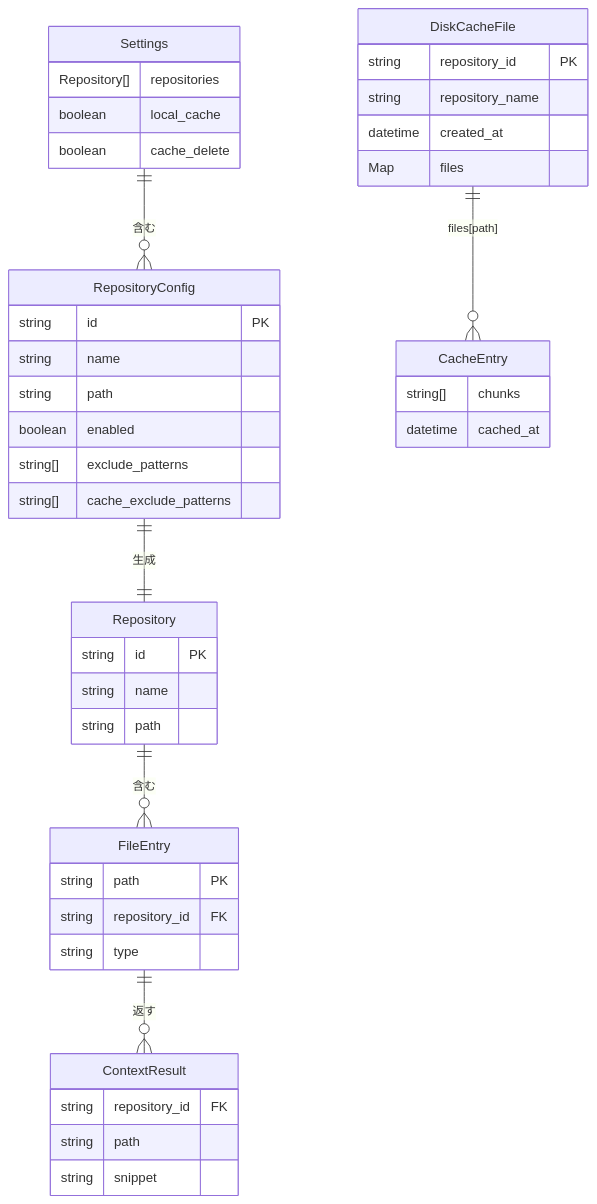
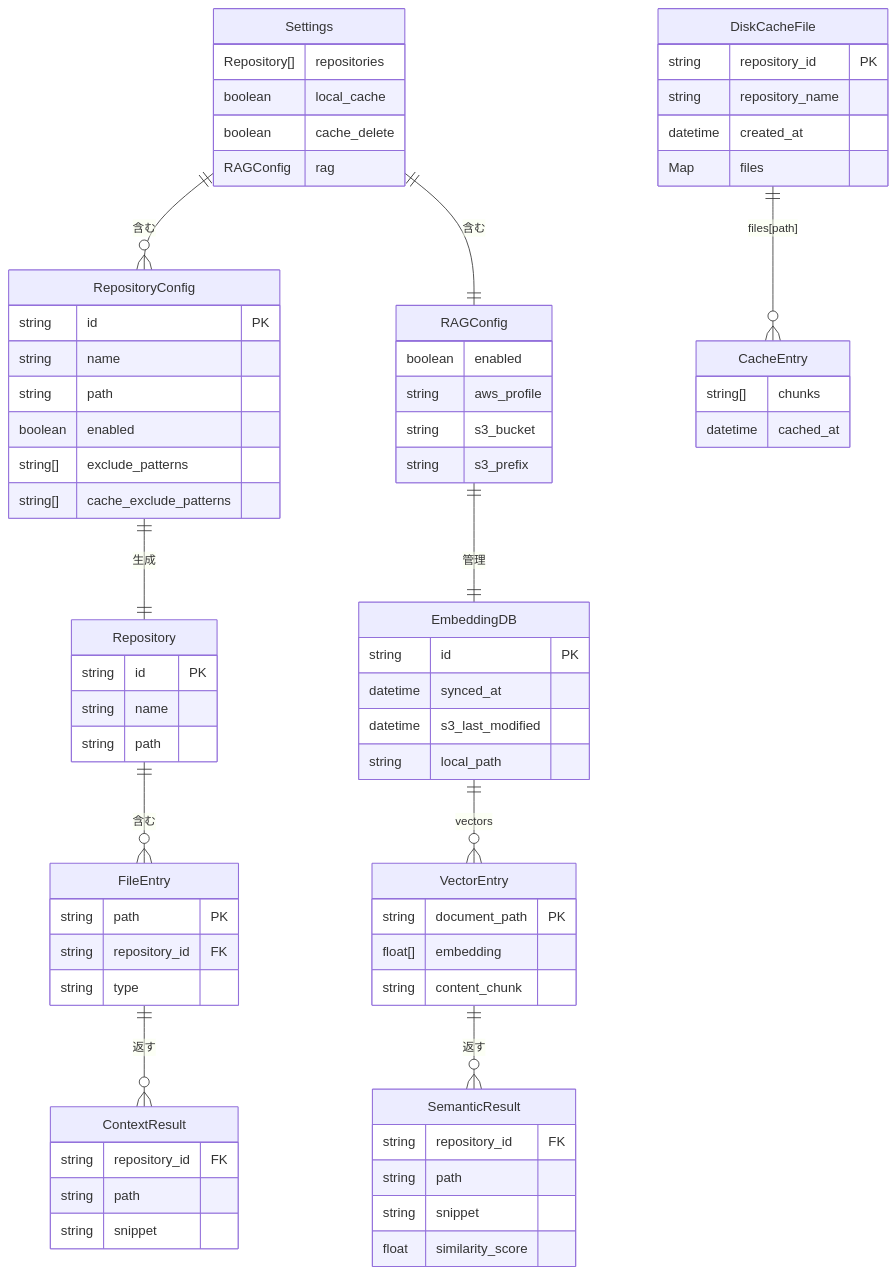
One commit to HatoriIchigo/repo-bridge-mcp changed the second of 3 diagrams in docs/design.md. Above: the diagram before and after it, drawn with Mermaid. The commit also changed other lines of this file and 4 other files, not shown here.

````diff
--- a/docs/design.md
+++ b/docs/design.md
@@ -77,47 +101,75 @@
 ```mermaid
 erDiagram
   Settings {
     Repository[] repositories
     boolean local_cache
     boolean cache_delete
+    RAGConfig rag
+  }
+  RAGConfig {
+    boolean enabled
+    string aws_profile
+    string s3_bucket
+    string s3_prefix
   }
   RepositoryConfig {
     string id PK
     string name
     string path
     boolean enabled
     string[] exclude_patterns
     string[] cache_exclude_patterns
   }
   Repository {
     string id PK
     string name
     string path
   }
   FileEntry {
     string path PK
     string repository_id FK
     string type
   }
   ContextResult {
     string repository_id FK
     string path
     string snippet
   }
   DiskCacheFile {
     string repository_id PK
     string repository_name
     datetime created_at
     Map files
   }
   CacheEntry {
     string[] chunks
     datetime cached_at
   }
+  EmbeddingDB {
+    string id PK
+    datetime synced_at
+    datetime s3_last_modified
+    string local_path
+  }
+  VectorEntry {
+    string document_path PK
+    float[] embedding
+    string content_chunk
+  }
+  SemanticResult {
+    string repository_id FK
+    string path
+    string snippet
+    float similarity_score
+  }
 
   Settings ||--o{ RepositoryConfig : "含む"
+  Settings ||--|| RAGConfig : "含む"
   RepositoryConfig ||--|| Repository : "生成"
   Repository ||--o{ FileEntry : "含む"
   FileEntry ||--o{ ContextResult : "返す"
   DiskCacheFile ||--o{ CacheEntry : "files[path]"
+  RAGConfig ||--|| EmbeddingDB : "管理"
+  EmbeddingDB ||--o{ VectorEntry : "vectors"
+  VectorEntry ||--o{ SemanticResult : "返す"
 ```
````
